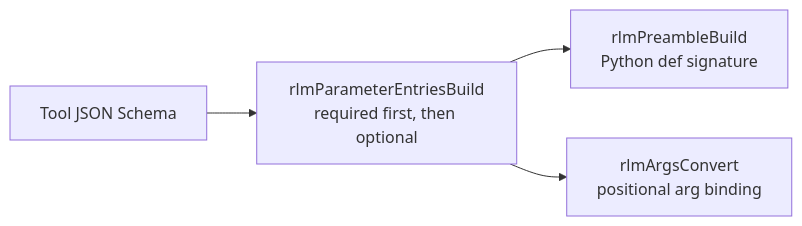
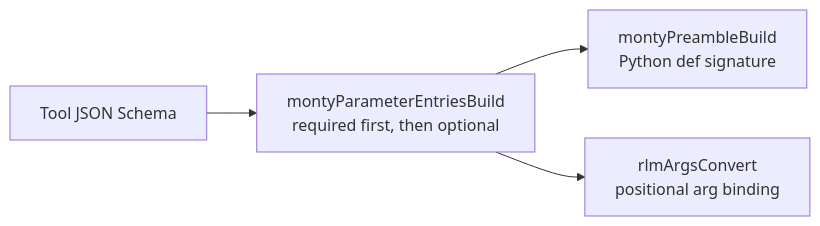
The diagram in doc/internals/rlm-parameter-ordering.md (ex3ndr-bot/daycare), drawn with Mermaid before and after one commit. The commit also changed other lines of this file and 13 other files, not shown here.

Commit message:
refactor(monty): move python preamble out of rlm

````diff
--- a/doc/internals/rlm-parameter-ordering.md
+++ b/doc/internals/rlm-parameter-ordering.md
@@ -9,11 +9,11 @@
 ```mermaid
 flowchart LR
   Schema[Tool JSON Schema]
-  Order[rlmParameterEntriesBuild\nrequired first, then optional]
-  Stub[rlmPreambleBuild\nPython def signature]
+  Order[montyParameterEntriesBuild\nrequired first, then optional]
+  Stub[montyPreambleBuild\nPython def signature]
   Convert[rlmArgsConvert\npositional arg binding]
 
   Schema --> Order
   Order --> Stub
   Order --> Convert
 ```
````
